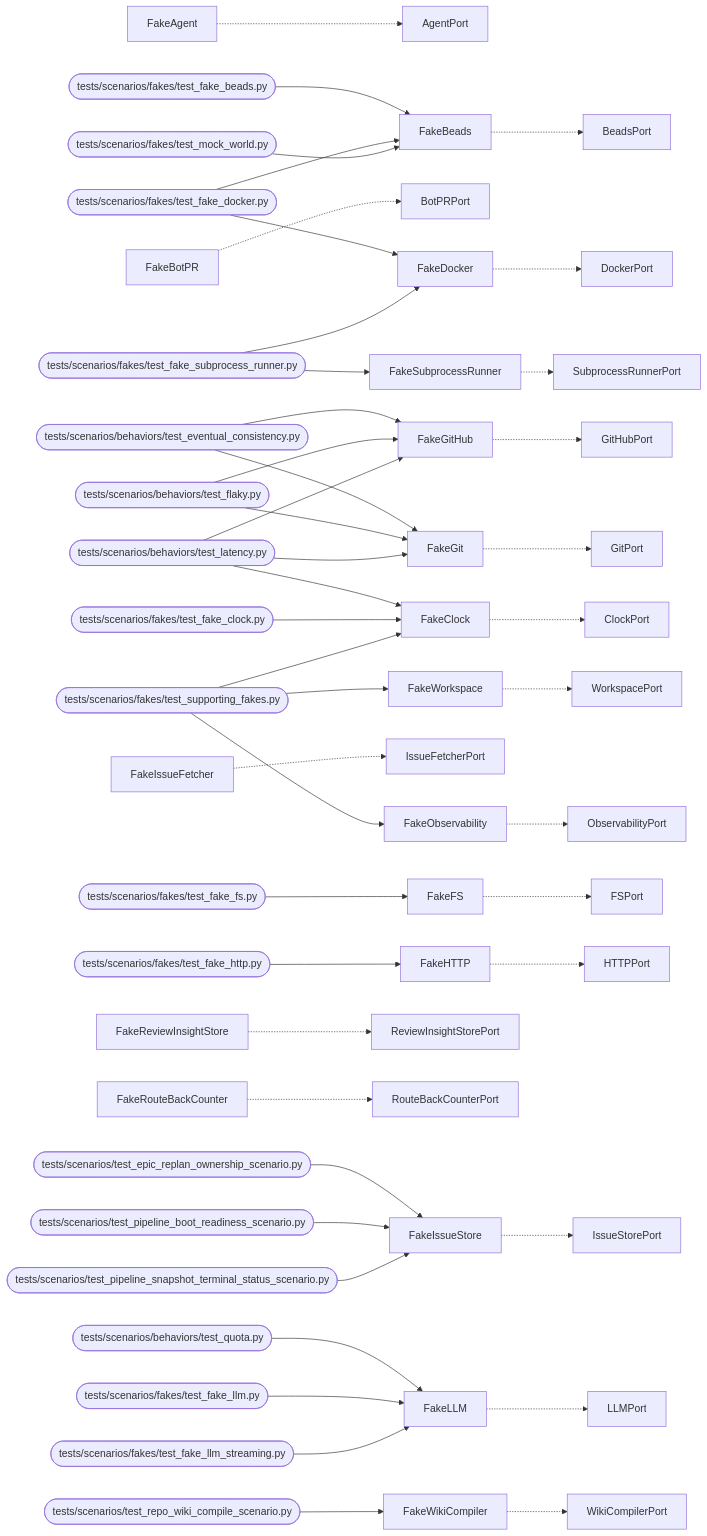
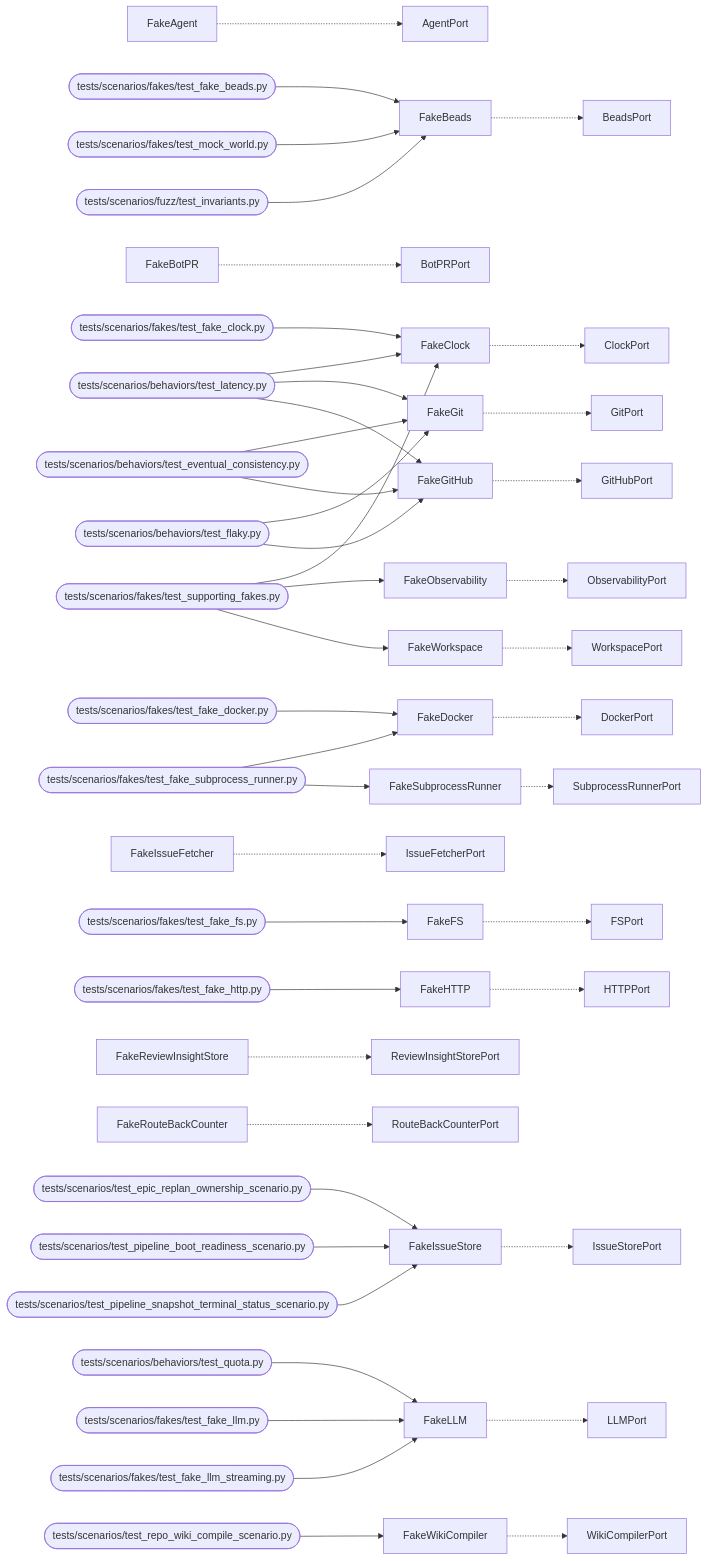
One commit to T-rav/hydraflow changed the diagram in docs/arch/generated/mockworld.md. Above: the diagram before and after it, drawn with Mermaid. The commit also changed other lines of this file and 46 other files, not shown here.

First line of the commit message:
Fix factory task graphs to per-worktree JSONL (#11527)

````diff
--- a/docs/arch/generated/mockworld.md
+++ b/docs/arch/generated/mockworld.md
@@ -32,47 +32,47 @@
 ```mermaid
 graph LR
     FakeAgent -.-> AgentPort
     FakeBeads -.-> BeadsPort
     tests_scenarios_fakes_test_fake_beads_py([tests/scenarios/fakes/test_fake_beads.py]) --> FakeBeads
-    tests_scenarios_fakes_test_fake_docker_py([tests/scenarios/fakes/test_fake_docker.py]) --> FakeBeads
     tests_scenarios_fakes_test_mock_world_py([tests/scenarios/fakes/test_mock_world.py]) --> FakeBeads
+    tests_scenarios_fuzz_test_invariants_py([tests/scenarios/fuzz/test_invariants.py]) --> FakeBeads
     FakeBotPR -.-> BotPRPort
     FakeClock -.-> ClockPort
     tests_scenarios_behaviors_test_latency_py([tests/scenarios/behaviors/test_latency.py]) --> FakeClock
     tests_scenarios_fakes_test_fake_clock_py([tests/scenarios/fakes/test_fake_clock.py]) --> FakeClock
     tests_scenarios_fakes_test_supporting_fakes_py([tests/scenarios/fakes/test_supporting_fakes.py]) --> FakeClock
     FakeDocker -.-> DockerPort
     tests_scenarios_fakes_test_fake_docker_py([tests/scenarios/fakes/test_fake_docker.py]) --> FakeDocker
     tests_scenarios_fakes_test_fake_subprocess_runner_py([tests/scenarios/fakes/test_fake_subprocess_runner.py]) --> FakeDocker
     FakeFS -.-> FSPort
     tests_scenarios_fakes_test_fake_fs_py([tests/scenarios/fakes/test_fake_fs.py]) --> FakeFS
     FakeGit -.-> GitPort
     tests_scenarios_behaviors_test_eventual_consistency_py([tests/scenarios/behaviors/test_eventual_consistency.py]) --> FakeGit
     tests_scenarios_behaviors_test_flaky_py([tests/scenarios/behaviors/test_flaky.py]) --> FakeGit
     tests_scenarios_behaviors_test_latency_py([tests/scenarios/behaviors/test_latency.py]) --> FakeGit
     FakeGitHub -.-> GitHubPort
     tests_scenarios_behaviors_test_eventual_consistency_py([tests/scenarios/behaviors/test_eventual_consistency.py]) --> FakeGitHub
     tests_scenarios_behaviors_test_flaky_py([tests/scenarios/behaviors/test_flaky.py]) --> FakeGitHub
     tests_scenarios_behaviors_test_latency_py([tests/scenarios/behaviors/test_latency.py]) --> FakeGitHub
     FakeHTTP -.-> HTTPPort
     tests_scenarios_fakes_test_fake_http_py([tests/scenarios/fakes/test_fake_http.py]) --> FakeHTTP
     FakeIssueFetcher -.-> IssueFetcherPort
     FakeIssueStore -.-> IssueStorePort
     tests_scenarios_test_epic_replan_ownership_scenario_py([tests/scenarios/test_epic_replan_ownership_scenario.py]) --> FakeIssueStore
     tests_scenarios_test_pipeline_boot_readiness_scenario_py([tests/scenarios/test_pipeline_boot_readiness_scenario.py]) --> FakeIssueStore
     tests_scenarios_test_pipeline_snapshot_terminal_status_scenario_py([tests/scenarios/test_pipeline_snapshot_terminal_status_scenario.py]) --> FakeIssueStore
     FakeLLM -.-> LLMPort
     tests_scenarios_behaviors_test_quota_py([tests/scenarios/behaviors/test_quota.py]) --> FakeLLM
     tests_scenarios_fakes_test_fake_llm_py([tests/scenarios/fakes/test_fake_llm.py]) --> FakeLLM
     tests_scenarios_fakes_test_fake_llm_streaming_py([tests/scenarios/fakes/test_fake_llm_streaming.py]) --> FakeLLM
     FakeObservability -.-> ObservabilityPort
     tests_scenarios_fakes_test_supporting_fakes_py([tests/scenarios/fakes/test_supporting_fakes.py]) --> FakeObservability
     FakeReviewInsightStore -.-> ReviewInsightStorePort
     FakeRouteBackCounter -.-> RouteBackCounterPort
     FakeSubprocessRunner -.-> SubprocessRunnerPort
     tests_scenarios_fakes_test_fake_subprocess_runner_py([tests/scenarios/fakes/test_fake_subprocess_runner.py]) --> FakeSubprocessRunner
     FakeWikiCompiler -.-> WikiCompilerPort
     tests_scenarios_test_repo_wiki_compile_scenario_py([tests/scenarios/test_repo_wiki_compile_scenario.py]) --> FakeWikiCompiler
     FakeWorkspace -.-> WorkspacePort
     tests_scenarios_fakes_test_supporting_fakes_py([tests/scenarios/fakes/test_supporting_fakes.py]) --> FakeWorkspace
 ```
````
